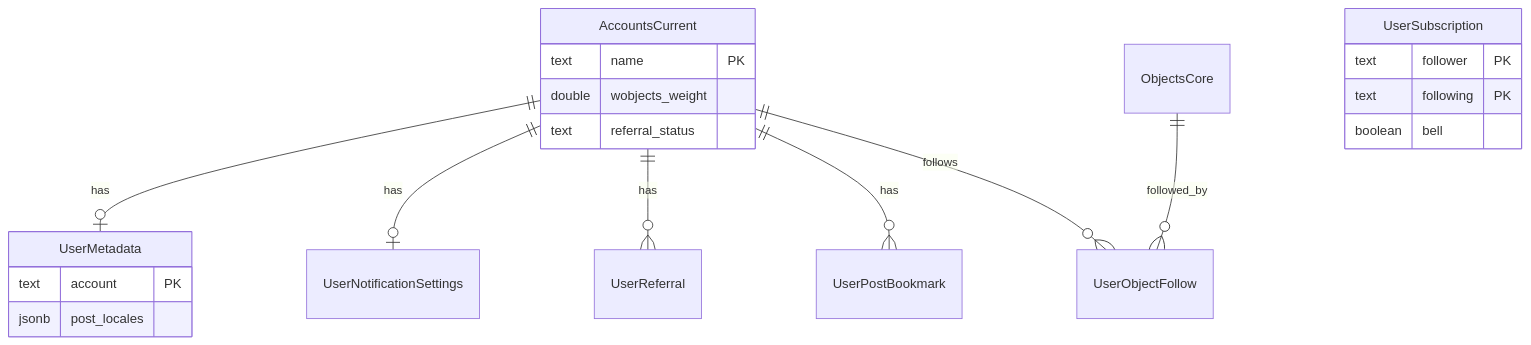
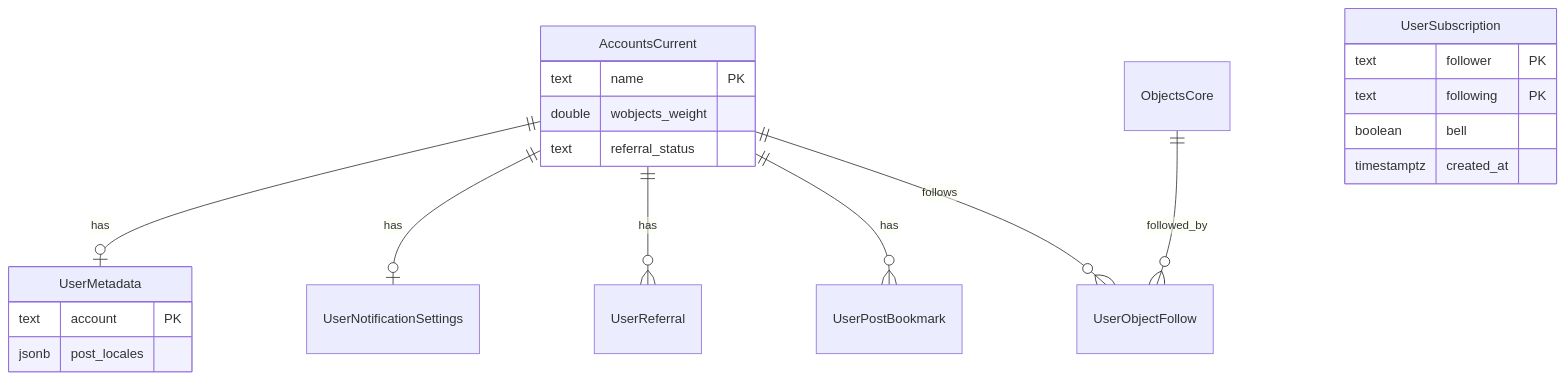
The diagram in docs/spec/data-model/users.md (Waiviogit/open-data-layer), drawn with Mermaid before and after one commit. The commit also changed other lines of this file and 60 other files, not shown here.

````diff
--- a/docs/spec/data-model/users.md
+++ b/docs/spec/data-model/users.md
@@ -22,26 +22,27 @@
 ```mermaid
 erDiagram
   AccountsCurrent ||--o| UserMetadata : "has"
   AccountsCurrent ||--o| UserNotificationSettings : "has"
   AccountsCurrent ||--o{ UserReferral : "has"
   AccountsCurrent ||--o{ UserPostBookmark : "has"
   AccountsCurrent ||--o{ UserObjectFollow : "follows"
   ObjectsCore ||--o{ UserObjectFollow : "followed_by"
 
   AccountsCurrent {
     text name PK
     double wobjects_weight
     text referral_status
   }
 
   UserMetadata {
     text account PK
     jsonb post_locales
   }
 
   UserSubscription {
     text follower PK
     text following PK
     boolean bell
+    timestamptz created_at
   }
 ```
````
